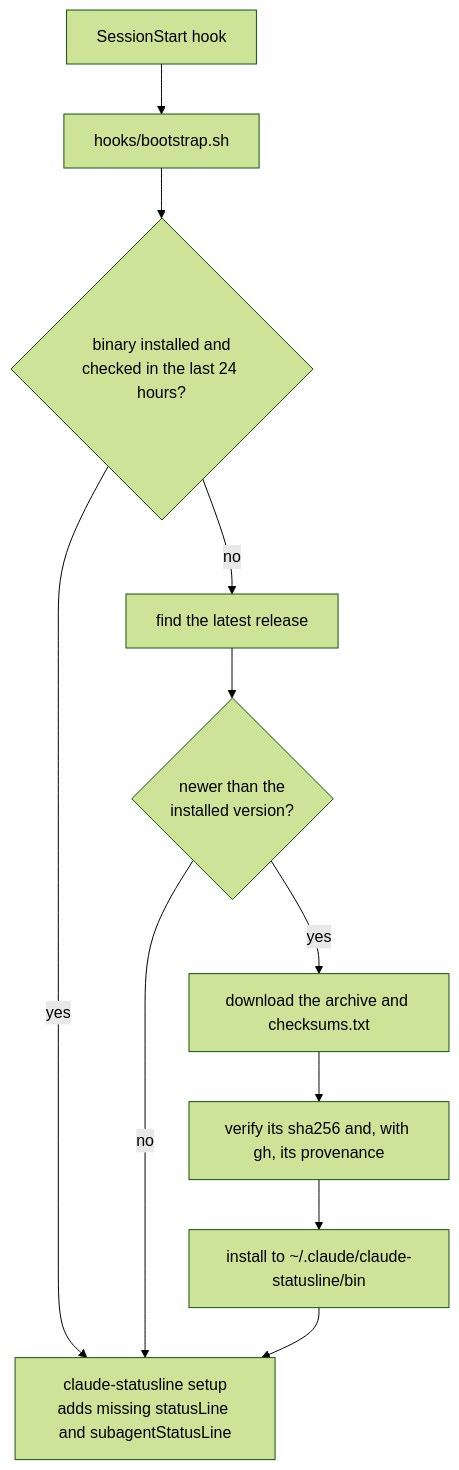
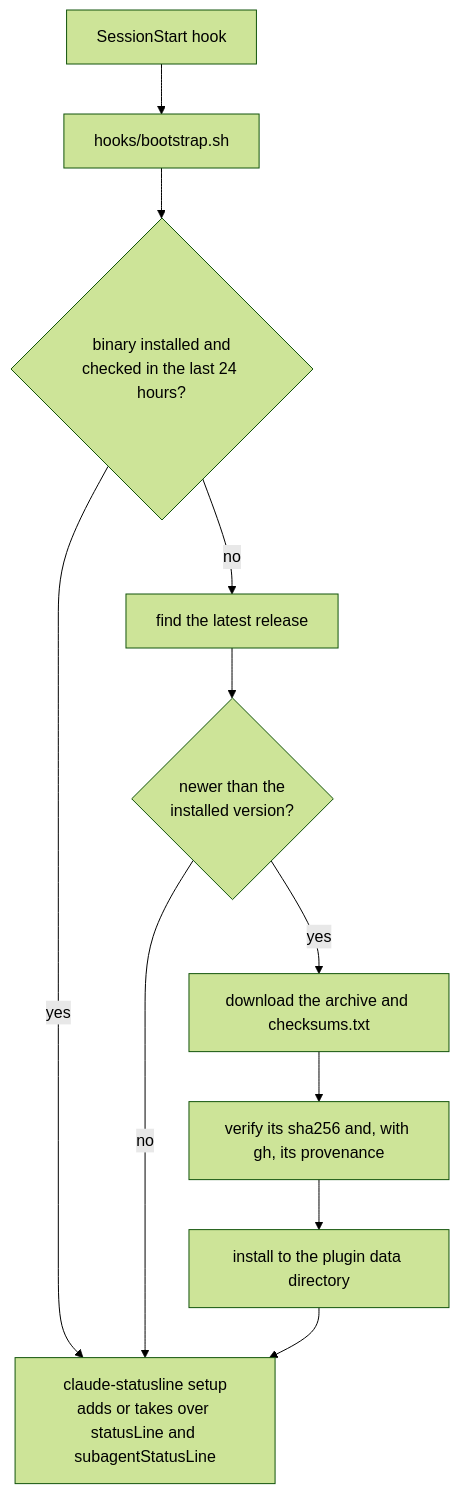
The second of 2 diagrams in docs/how_it_works.md (PaddleHQ/claude-statusline), drawn with Mermaid (forest theme) before and after one commit. The commit also changed other lines of this file and 20 other files, not shown here.

First line of the commit message:
Install into the plugin data directory and add an uninstall command (#50)

````diff
--- a/docs/how_it_works.md
+++ b/docs/how_it_works.md
@@ -76,13 +76,13 @@
 ```mermaid
 flowchart TD
     SS["SessionStart hook"] --> BS["hooks/bootstrap.sh"]
     BS --> DUE{"binary installed and<br/>checked in the last 24 hours?"}
     DUE -->|"yes"| SETUP
     DUE -->|"no"| LATEST["find the latest release"]
     LATEST --> NEW{"newer than the<br/>installed version?"}
     NEW -->|"no"| SETUP
     NEW -->|"yes"| DL["download the archive and checksums.txt"]
     DL --> VER["verify its sha256 and, with gh, its provenance"]
-    VER --> INST["install to ~/.claude/claude-statusline/bin"]
-    INST --> SETUP["claude-statusline setup<br/>adds missing statusLine and subagentStatusLine"]
+    VER --> INST["install to the plugin data directory"]
+    INST --> SETUP["claude-statusline setup<br/>adds or takes over statusLine and subagentStatusLine"]
 ```
````
